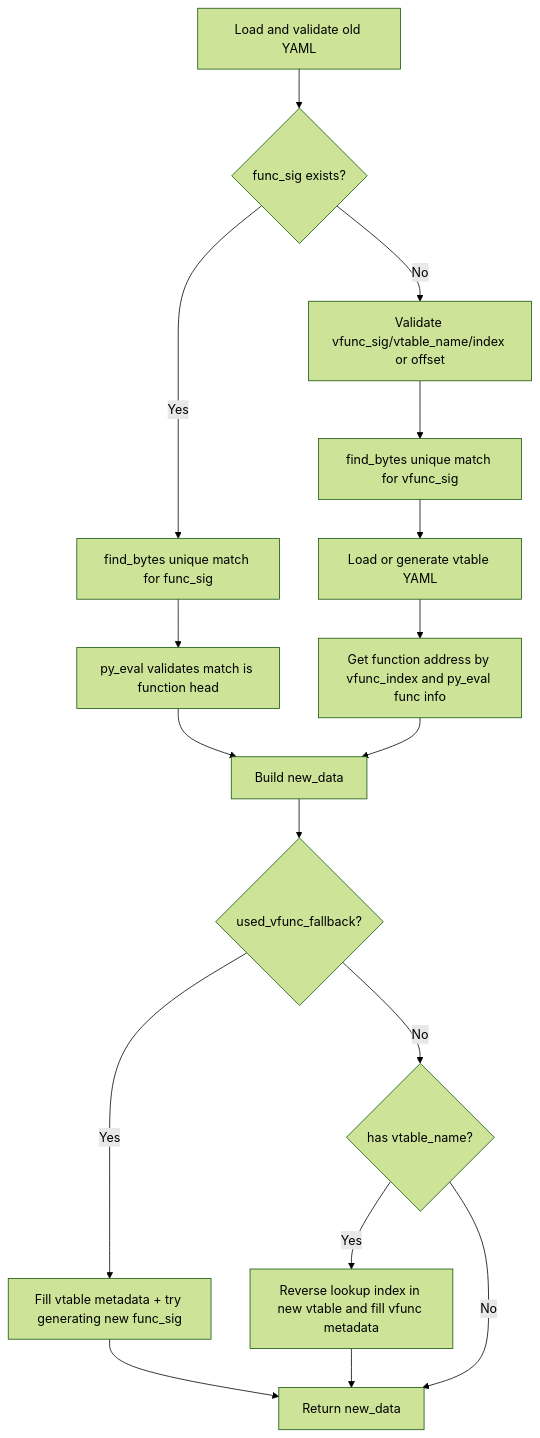
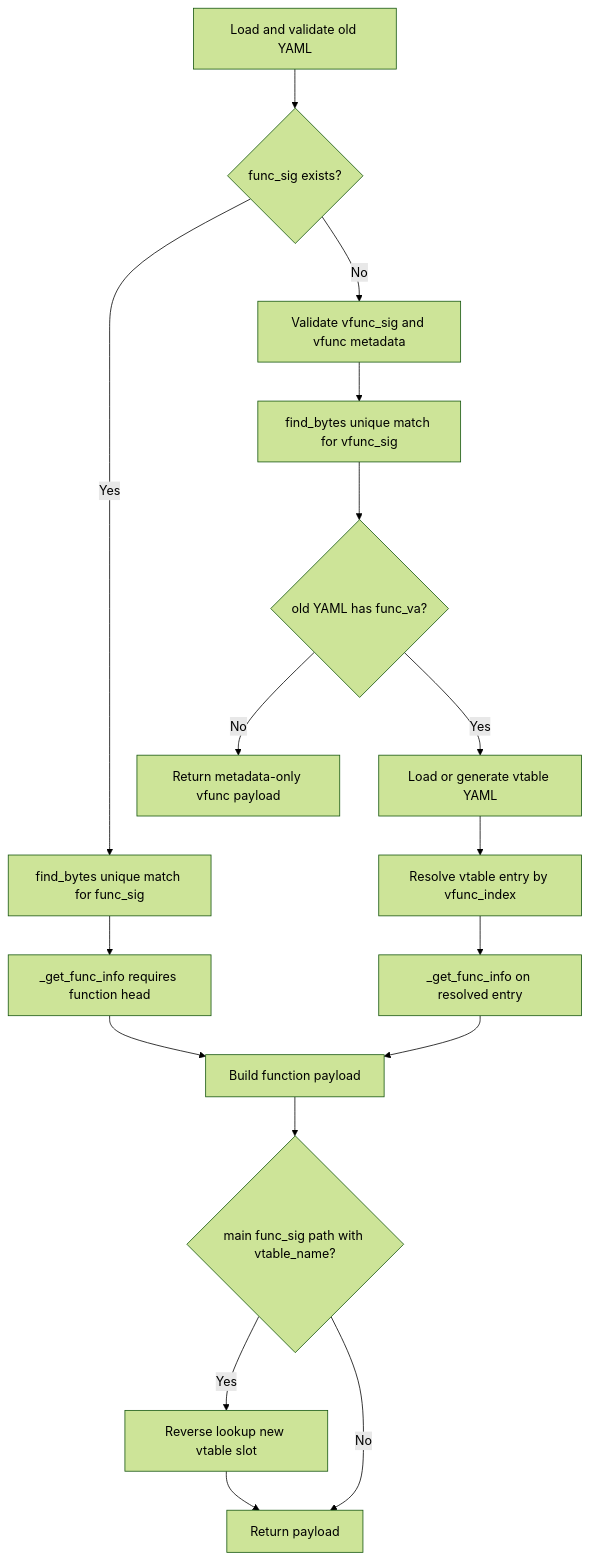
The diagram in .serena/memories/preprocess_func_sig_via_mcp.md (hzqst/CS2_VibeSignatures), drawn with Mermaid (forest theme) before and after one commit. The commit also changed other lines of this file and 6 other files, not shown here.

````diff
--- a/.serena/memories/preprocess_func_sig_via_mcp.md
+++ b/.serena/memories/preprocess_func_sig_via_mcp.md
@@ -55,19 +40,19 @@
 ```mermaid
 flowchart TD
     A[Load and validate old YAML] --> B{func_sig exists?}
     B -- Yes --> C[find_bytes unique match for func_sig]
-    C --> D[py_eval validates match is function head]
-    B -- No --> E[Validate vfunc_sig/vtable_name/index or offset]
+    C --> D[_get_func_info requires function head]
+    B -- No --> E[Validate vfunc_sig and vfunc metadata]
     E --> F[find_bytes unique match for vfunc_sig]
-    F --> G[Load or generate vtable YAML]
-    G --> H[Get function address by vfunc_index and py_eval func info]
-    D --> I[Build new_data]
-    H --> I
-    I --> J{used_vfunc_fallback?}
-    J -- Yes --> K[Fill vtable metadata + try generating new func_sig]
-    J -- No --> L{has vtable_name?}
-    L -- Yes --> M[Reverse lookup index in new vtable and fill vfunc metadata]
-    K --> N[Return new_data]
-    M --> N
-    L -- No --> N
+    F --> G{old YAML has func_va?}
+    G -- No --> H[Return metadata-only vfunc payload]
+    G -- Yes --> I[Load or generate vtable YAML]
+    I --> J[Resolve vtable entry by vfunc_index]
+    J --> K[_get_func_info on resolved entry]
+    D --> L[Build function payload]
+    K --> L
+    L --> M{main func_sig path with vtable_name?}
+    M -- Yes --> N[Reverse lookup new vtable slot]
+    M -- No --> O[Return payload]
+    N --> O
 ```
````
